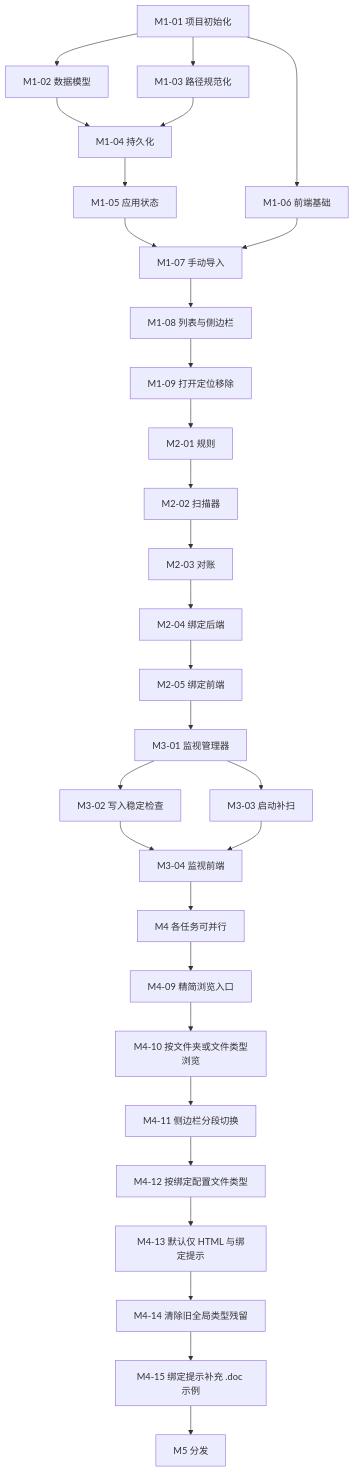
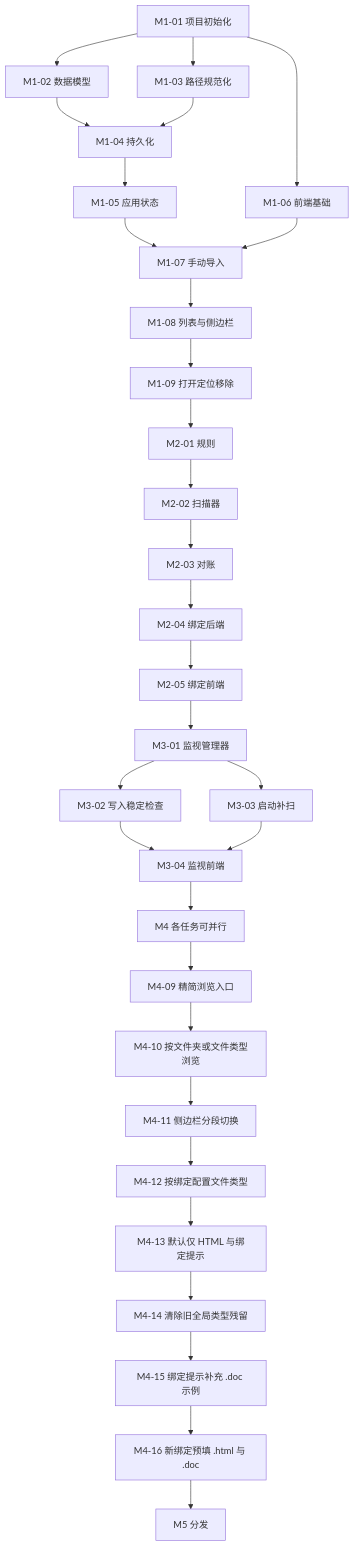
One commit to 623zhu/file_link changed the diagram in docs/PLAN.md. Above: the diagram before and after it, drawn with Mermaid. The commit also changed other lines of this file and 2 other files, not shown here.

Commit message:
docs: 新绑定文件类型预填 html 与 doc

````diff
--- a/docs/PLAN.md
+++ b/docs/PLAN.md
@@ -105,35 +106,36 @@
 ```mermaid
 flowchart TD
   M1_01[M1-01 项目初始化] --> M1_02[M1-02 数据模型]
   M1_01 --> M1_03[M1-03 路径规范化]
   M1_01 --> M1_06[M1-06 前端基础]
   M1_02 --> M1_04[M1-04 持久化]
   M1_03 --> M1_04
   M1_04 --> M1_05[M1-05 应用状态]
   M1_05 --> M1_07[M1-07 手动导入]
   M1_06 --> M1_07
   M1_07 --> M1_08[M1-08 列表与侧边栏]
   M1_08 --> M1_09[M1-09 打开定位移除]
 
   M1_09 --> M2_01[M2-01 规则]
   M2_01 --> M2_02[M2-02 扫描器]
   M2_02 --> M2_03[M2-03 对账]
   M2_03 --> M2_04[M2-04 绑定后端]
   M2_04 --> M2_05[M2-05 绑定前端]
 
   M2_05 --> M3_01[M3-01 监视管理器]
   M3_01 --> M3_02[M3-02 写入稳定检查]
   M3_01 --> M3_03[M3-03 启动补扫]
   M3_02 --> M3_04[M3-04 监视前端]
   M3_03 --> M3_04
 
   M3_04 --> M4[M4 各任务可并行]
   M4 --> M4_09[M4-09 精简浏览入口]
   M4_09 --> M4_10[M4-10 按文件夹或文件类型浏览]
   M4_10 --> M4_11[M4-11 侧边栏分段切换]
   M4_11 --> M4_12[M4-12 按绑定配置文件类型]
   M4_12 --> M4_13[M4-13 默认仅 HTML 与绑定提示]
   M4_13 --> M4_14[M4-14 清除旧全局类型残留]
   M4_14 --> M4_15[M4-15 绑定提示补充 .doc 示例]
-  M4_15 --> M5[M5 分发]
+  M4_15 --> M4_16[M4-16 新绑定预填 .html 与 .doc]
+  M4_16 --> M5[M5 分发]
 ```
````
